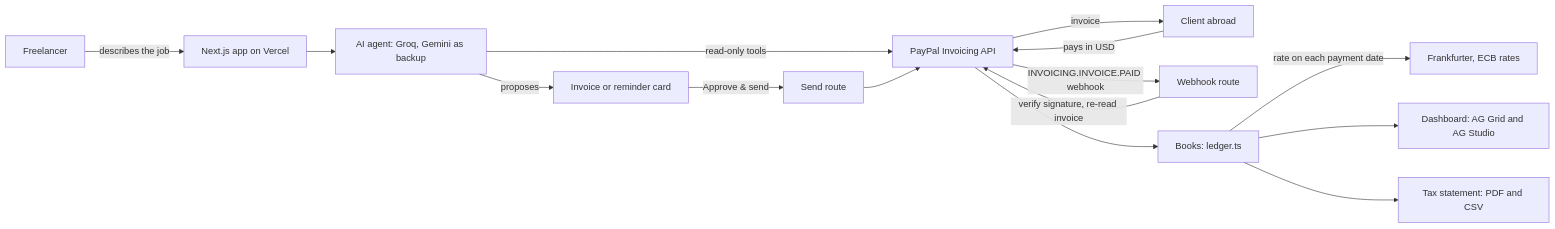
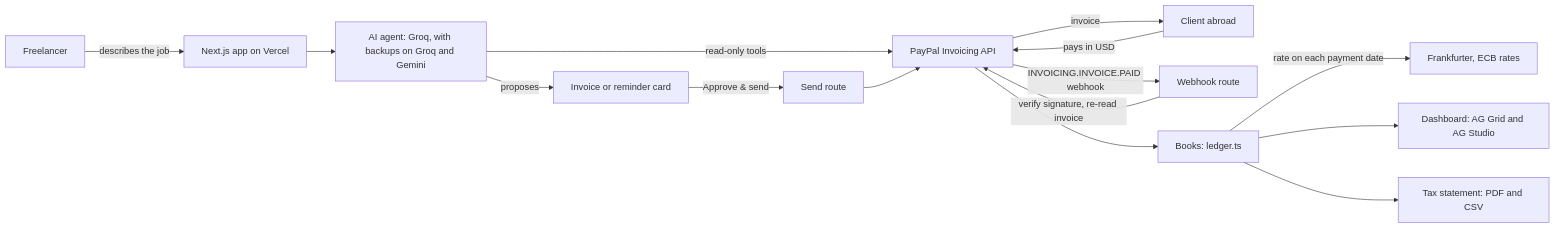
The diagram in README.md (lindani11/crossbill-agent), drawn with Mermaid before and after one commit. The commit also changed other lines of this file and 4 other files, not shown here.

````diff
--- a/README.md
+++ b/README.md
@@ -72,16 +72,16 @@
 ```mermaid
 flowchart LR
   F[Freelancer] -->|describes the job| A[Next.js app on Vercel]
-  A --> G[AI agent: Groq, Gemini as backup]
+  A --> G[AI agent: Groq, with backups on Groq and Gemini]
   G -->|read-only tools| P[PayPal Invoicing API]
   G -->|proposes| C[Invoice or reminder card]
   C -->|Approve & send| S[Send route] --> P
   P -->|invoice| K[Client abroad]
   K -->|pays in USD| P
   P -->|INVOICING.INVOICE.PAID webhook| W[Webhook route]
   W -->|verify signature, re-read invoice| P
   P --> L[Books: ledger.ts]
   L -->|rate on each payment date| X[Frankfurter, ECB rates]
   L --> D[Dashboard: AG Grid and AG Studio]
   L --> T[Tax statement: PDF and CSV]
 ```
````
